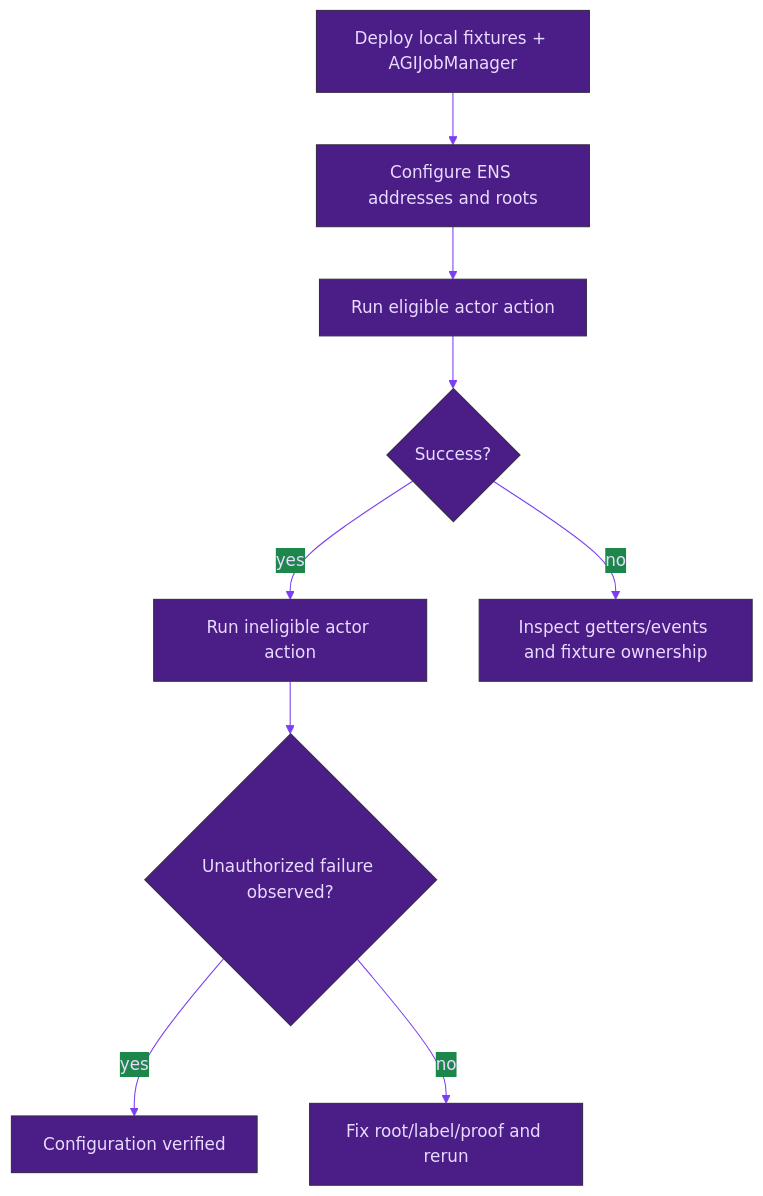
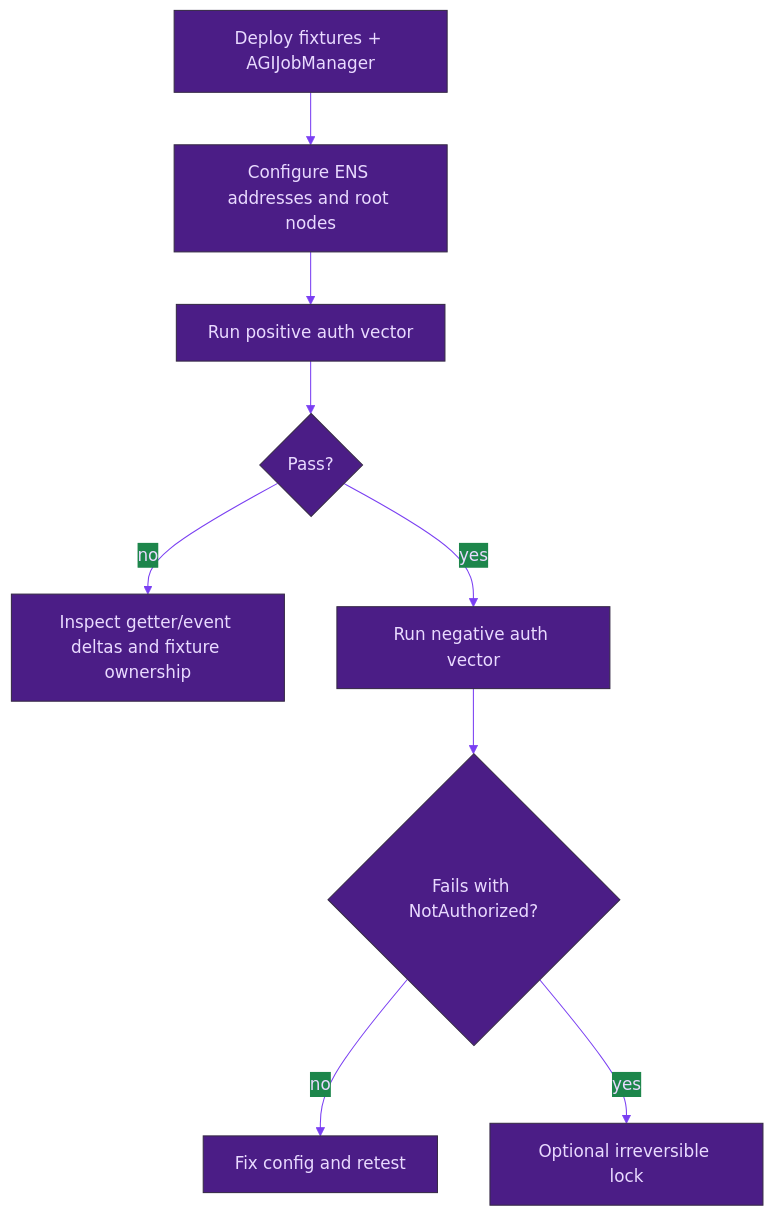
The second of 2 diagrams in docs/INTEGRATIONS/ENS_USE_CASE.md (MontrealAI/AGIJobManager), drawn with Mermaid before and after one commit. The commit also changed other lines of this file and 6 other files, not shown here.

````diff
--- a/docs/INTEGRATIONS/ENS_USE_CASE.md
+++ b/docs/INTEGRATIONS/ENS_USE_CASE.md
@@ -46,17 +46,17 @@
 ```mermaid
 %%{init: {"theme":"base","themeVariables":{
 "fontFamily":"ui-sans-serif, system-ui, -apple-system, Segoe UI, Roboto, Arial",
 "background":"#14001F","primaryColor":"#4B1D86","primaryTextColor":"#E9DAFF",
 "lineColor":"#7A3FF2","tertiaryColor":"#1B0B2A",
 "noteBkgColor":"#1B0B2A","noteTextColor":"#E9DAFF"
 }}}%%
 flowchart TD
-    A[Deploy local fixtures + AGIJobManager] --> B[Configure ENS addresses and roots]
-    B --> C[Run eligible actor action]
-    C --> D{Success?}
-    D -->|yes| E[Run ineligible actor action]
-    D -->|no| F[Inspect getters/events and fixture ownership]
-    E --> G{Unauthorized failure observed?}
-    G -->|yes| H[Configuration verified]
-    G -->|no| I[Fix root/label/proof and rerun]
+    A[Deploy fixtures + AGIJobManager] --> B[Configure ENS addresses and root nodes]
+    B --> C[Run positive auth vector]
+    C --> D{Pass?}
+    D -->|no| E[Inspect getter/event deltas and fixture ownership]
+    D -->|yes| F[Run negative auth vector]
+    F --> G{Fails with NotAuthorized?}
+    G -->|no| H[Fix config and retest]
+    G -->|yes| I[Optional irreversible lock]
 ```
````
